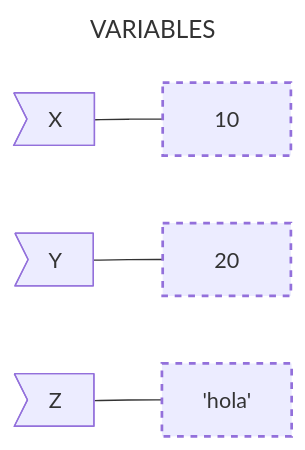
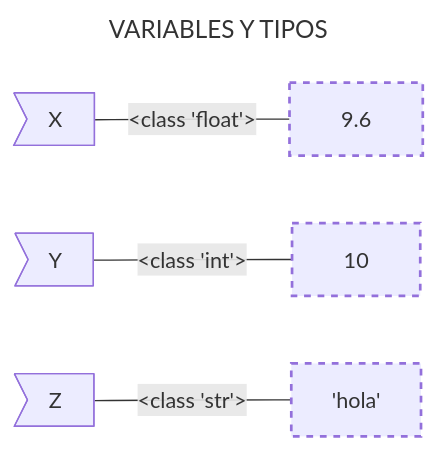
The diagram in _posts/lenguajes-de-programacion/python/1-basico/2022-01-02-variables-y-tipos-de-datos.md (EniDev911/portfolio_crispy), drawn with Mermaid before and after one commit. The commit also changed other lines of this file and 4 other files, not shown here.

````diff
--- a/_posts/lenguajes-de-programacion/python/1-basico/2022-01-02-variables-y-tipos-de-datos.md
+++ b/_posts/lenguajes-de-programacion/python/1-basico/2022-01-02-variables-y-tipos-de-datos.md
@@ -31,12 +32,12 @@
 ```mermaid
 ---
-title: VARIABLES
+title: VARIABLES Y TIPOS
 ---
 graph LR
-    A>"&nbsp;&nbsp;X&nbsp;&nbsp;&nbsp;&nbsp;"] --- B["&nbsp;&nbsp;10&nbsp;&nbsp;"]
-    C>"&nbsp;&nbsp;Y&nbsp;&nbsp;&nbsp;&nbsp;"] --- D["&nbsp;&nbsp;20&nbsp;&nbsp;"]
-    E>"&nbsp;&nbsp;Z&nbsp;&nbsp;&nbsp;&nbsp;"] --- F["'hola'"]
+    A>"&nbsp;&nbsp;X&nbsp;&nbsp;&nbsp;&nbsp;"] -- &lt;class 'float'&gt; --- B["&nbsp;&nbsp;9.6&nbsp;&nbsp;"]
+    C>"&nbsp;&nbsp;Y&nbsp;&nbsp;&nbsp;&nbsp;"] -- &lt;class 'int'&gt; --- D["&nbsp;&nbsp;10&nbsp;&nbsp;"]
+    E>"&nbsp;&nbsp;Z&nbsp;&nbsp;&nbsp;&nbsp;"] -- &lt;class 'str'&gt; --- F["'hola'"]
     style B stroke-width:2px,stroke-dasharray: 5 5
     style D stroke-width:2px,stroke-dasharray: 5 5
     style F stroke-width:2px,stroke-dasharray: 5 5
 ```
````
